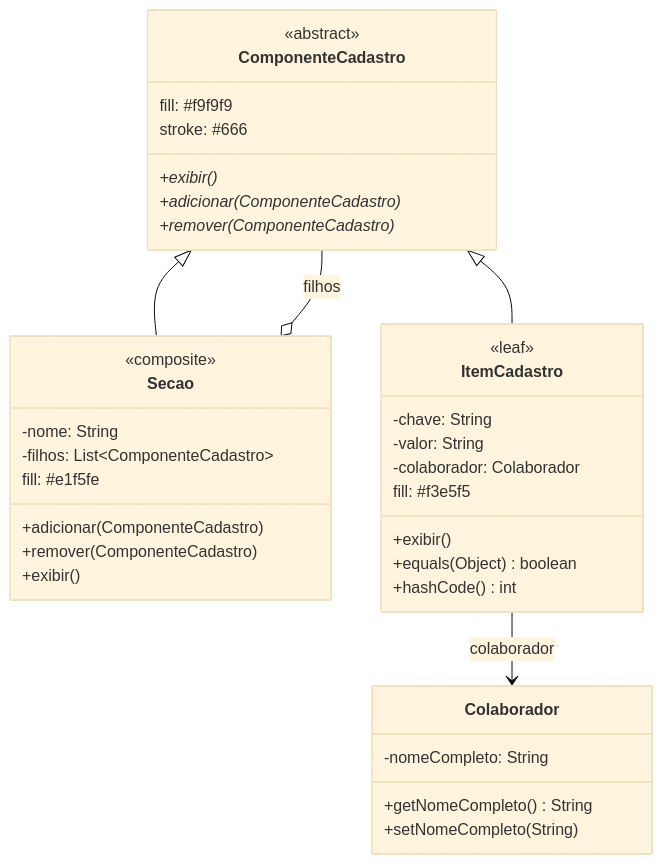
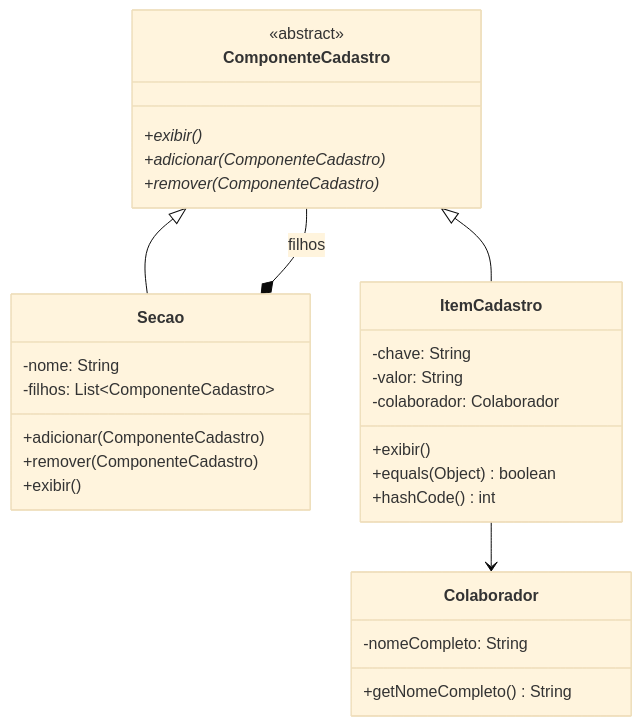
Before and after one commit to rodrigo0567/Padrao-Composite-: the diagram in README.md, drawn with Mermaid (base theme).

````diff
--- a/README.md
+++ b/README.md
@@ -35,55 +35,38 @@
 ```mermaid
 classDiagram
     direction TB
     
     class ComponenteCadastro {
         <<abstract>>
-        <<interface>>
         +exibir()*
         +adicionar(ComponenteCadastro)*
         +remover(ComponenteCadastro)*
     }
     
     class Secao {
-        <<composite>>
         -nome: String
         -filhos: List~ComponenteCadastro~
         +adicionar(ComponenteCadastro)
         +remover(ComponenteCadastro)
         +exibir()
     }
     
     class ItemCadastro {
-        <<leaf>>
         -chave: String
         -valor: String
         -colaborador: Colaborador
         +exibir()
         +equals(Object) boolean
         +hashCode() int
     }
     
     class Colaborador {
         -nomeCompleto: String
         +getNomeCompleto() String
-        +setNomeCompleto(String)
     }
     
-    %% Relacionamentos
     ComponenteCadastro <|-- Secao
     ComponenteCadastro <|-- ItemCadastro
-    Secao o-- ComponenteCadastro : filhos
-    ItemCadastro --> Colaborador : colaborador
-    
-    %% Estilos
-    class ComponenteCadastro {
-        fill: #f9f9f9
-        stroke: #666
-    }
-    class Secao {
-        fill: #e1f5fe
-    }
-    class ItemCadastro {
-        fill: #f3e5f5
-    }
+    Secao *-- ComponenteCadastro : filhos
+    ItemCadastro --> Colaborador
 ```
````
